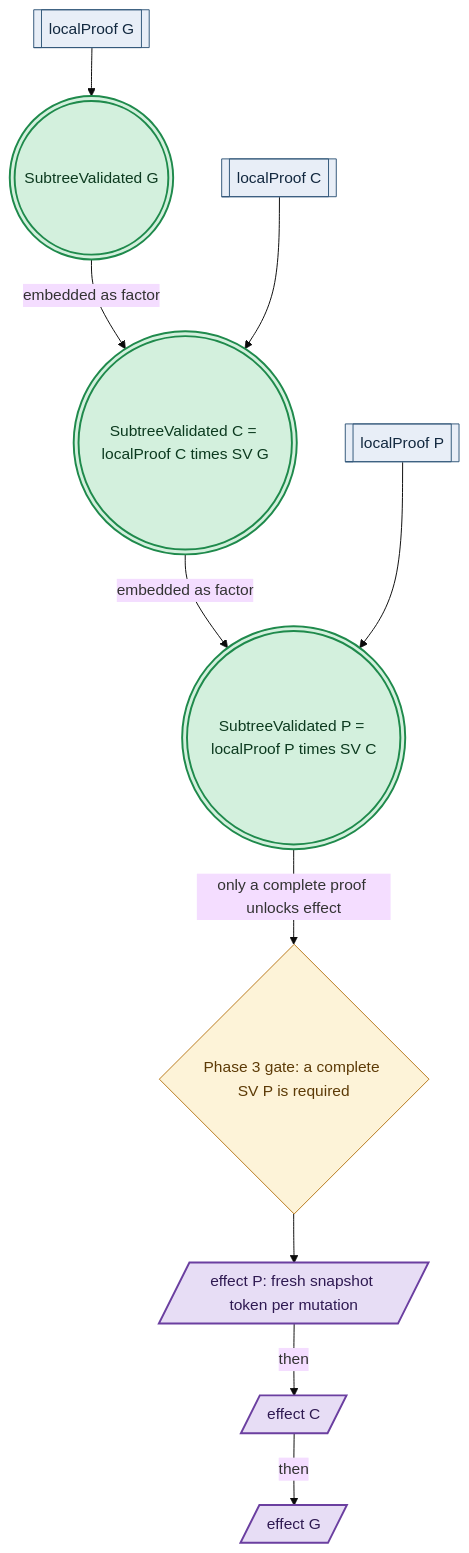
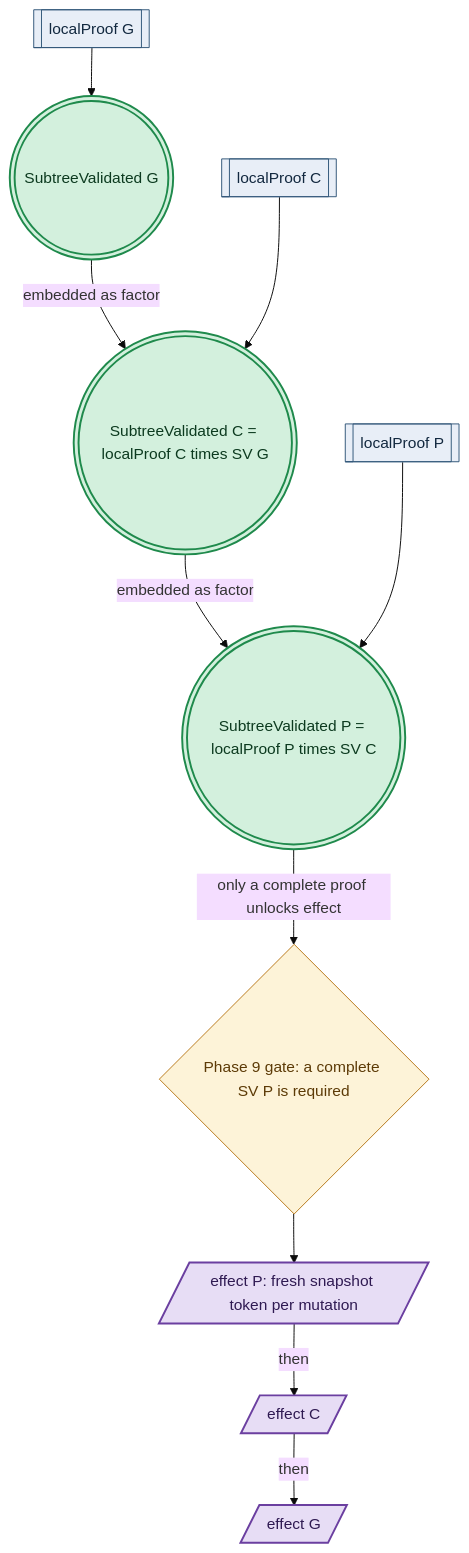
One commit to Tuee22/amoebius changed the third of 4 diagrams in documents/engineering/preflight_validation_doctrine.md. Above: the diagram before and after it, drawn with Mermaid (base theme). The commit also changed other lines of this file and 381 other files, not shown here.

````diff
--- a/documents/engineering/preflight_validation_doctrine.md
+++ b/documents/engineering/preflight_validation_doctrine.md
@@ -196,27 +196,27 @@
 ```mermaid
 flowchart TD
 %% register: algebra
   glp[["localProof G"]]:::intent
   svg((("SubtreeValidated G"))):::seal
   clp[["localProof C"]]:::intent
   svc((("SubtreeValidated C = localProof C times SV G"))):::seal
   plp[["localProof P"]]:::intent
   svp((("SubtreeValidated P = localProof P times SV C"))):::seal
-  gate1{"Phase 3 gate: a complete SV P is required"}:::decision
+  dhall-typecheck{"Phase 9 gate: a complete SV P is required"}:::decision
   ep[/"effect P: fresh snapshot token per mutation"/]:::effect
   ec[/"effect C"/]:::effect
   eg[/"effect G"/]:::effect
   glp --> svg
   svg -->|"embedded as factor"| svc
   clp --> svc
   svc -->|"embedded as factor"| svp
   plp --> svp
-  svp -->|"only a complete proof unlocks effect"| gate1
-  gate1 --> ep
+  svp -->|"only a complete proof unlocks effect"| dhall-typecheck
+  dhall-typecheck --> ep
   ep -->|"then"| ec
   ec -->|"then"| eg
   classDef intent   fill:#e8eef7,stroke:#33587a,color:#12283f,stroke-width:1px
   classDef decision fill:#fdf3d8,stroke:#b8791b,color:#5c3a06,stroke-width:1px
   classDef effect   fill:#e7ddf5,stroke:#6b3fa0,color:#2f1a52,stroke-width:2px
   classDef seal     fill:#d3f0dd,stroke:#1f8a4c,color:#0c3a1f,stroke-width:2px
 ```
````
